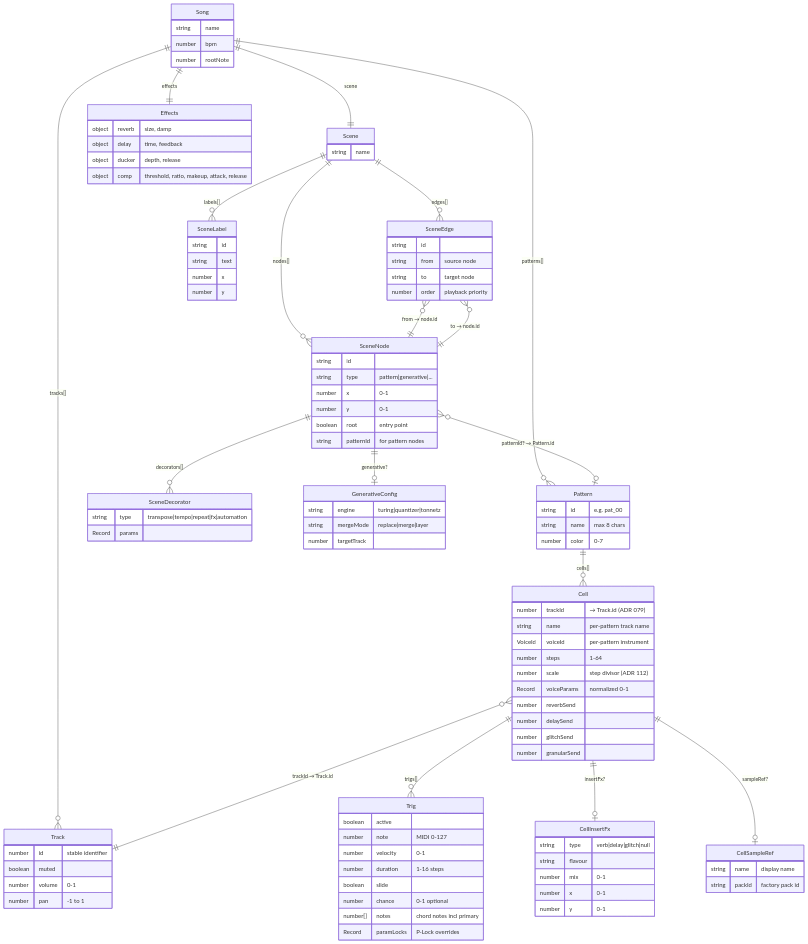
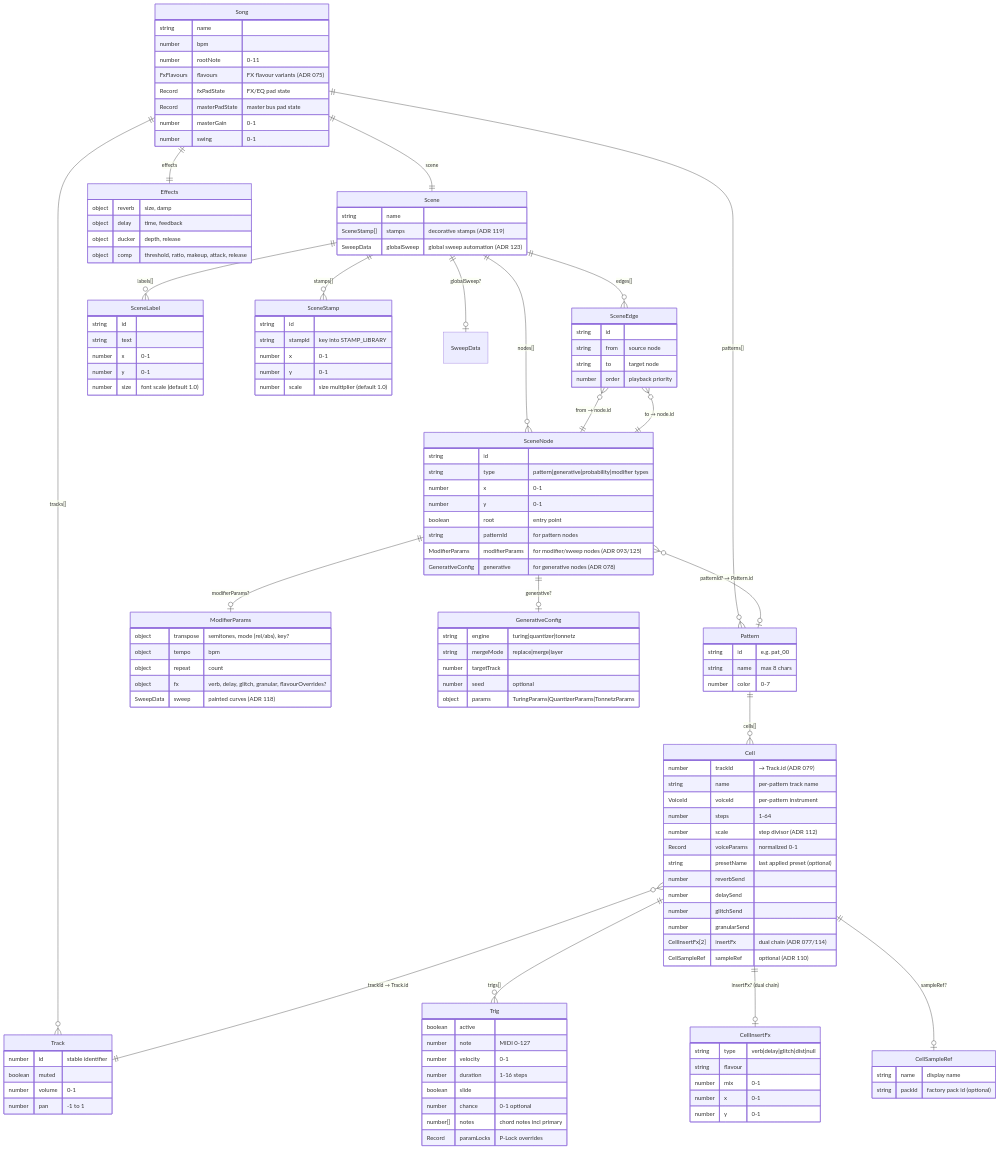
Before and after one commit to im9/inboil: the first of 2 diagrams in docs/ai/DATA_MODEL.md, drawn with Mermaid. The commit also changed other lines of this file and 4 other files, not shown here.

````diff
--- a/docs/ai/DATA_MODEL.md
+++ b/docs/ai/DATA_MODEL.md
@@ -11,7 +11,7 @@
 
     Pattern ||--o{ Cell : "cells[]"
     Cell ||--o{ Trig : "trigs[]"
-    Cell ||--o| CellInsertFx : "insertFx?"
+    Cell ||--o| CellInsertFx : "insertFx? (dual chain)"
     Cell ||--o| CellSampleRef : "sampleRef?"
 
     Cell }o--|| Track : "trackId → Track.id"
@@ -19,8 +19,10 @@
     Scene ||--o{ SceneNode : "nodes[]"
     Scene ||--o{ SceneEdge : "edges[]"
     Scene ||--o{ SceneLabel : "labels[]"
+    Scene ||--o{ SceneStamp : "stamps[]"
+    Scene ||--o| SweepData : "globalSweep?"
 
-    SceneNode ||--o{ SceneDecorator : "decorators[]"
+    SceneNode ||--o| ModifierParams : "modifierParams?"
     SceneNode ||--o| GenerativeConfig : "generative?"
     SceneNode }o--o| Pattern : "patternId? → Pattern.id"
 
@@ -30,7 +32,12 @@
     Song {
         string name
         number bpm
-        number rootNote
+        number rootNote "0-11"
+        FxFlavours flavours "FX flavour variants (ADR 075)"
+        Record fxPadState "FX/EQ pad state"
+        Record masterPadState "master bus pad state"
+        number masterGain "0-1"
+        number swing "0-1"
     }
 
     Track {
@@ -53,10 +60,13 @@
         number steps "1-64"
         number scale "step divisor (ADR 112)"
         Record voiceParams "normalized 0-1"
+        string presetName "last applied preset (optional)"
         number reverbSend
         number delaySend
         number glitchSend
         number granularSend
+        CellInsertFx[2] insertFx "dual chain (ADR 077/114)"
+        CellSampleRef sampleRef "optional (ADR 110)"
     }
 
     Trig {
@@ -71,7 +81,7 @@
     }
 
     CellInsertFx {
-        string type "verb|delay|glitch|null"
+        string type "verb|delay|glitch|dist|null"
         string flavour
         number mix "0-1"
         number x "0-1"
@@ -80,7 +90,7 @@
 
     CellSampleRef {
         string name "display name"
-        string packId "factory pack id"
+        string packId "factory pack id (optional)"
     }
 
     Effects {
@@ -92,15 +102,19 @@
 
     Scene {
         string name
+        SceneStamp[] stamps "decorative stamps (ADR 119)"
+        SweepData globalSweep "global sweep automation (ADR 123)"
     }
 
     SceneNode {
         string id
-        string type "pattern|generative|..."
+        string type "pattern|generative|probability|modifier types"
         number x "0-1"
         number y "0-1"
         boolean root "entry point"
         string patternId "for pattern nodes"
+        ModifierParams modifierParams "for modifier/sweep nodes (ADR 093/125)"
+        GenerativeConfig generative "for generative nodes (ADR 078)"
     }
 
     SceneEdge {
@@ -113,18 +127,32 @@
     SceneLabel {
         string id
         string text
-        number x
-        number y
+        number x "0-1"
+        number y "0-1"
+        number size "font scale (default 1.0)"
     }
 
-    SceneDecorator {
-        string type "transpose|tempo|repeat|fx|automation"
-        Record params
+    SceneStamp {
+        string id
+        string stampId "key into STAMP_LIBRARY"
+        number x "0-1"
+        number y "0-1"
+        number scale "size multiplier (default 1.0)"
     }
 
     GenerativeConfig {
         string engine "turing|quantizer|tonnetz"
         string mergeMode "replace|merge|layer"
         number targetTrack
+        number seed "optional"
+        object params "TuringParams|QuantizerParams|TonnetzParams"
+    }
+
+    ModifierParams {
+        object transpose "semitones, mode (rel/abs), key?"
+        object tempo "bpm"
+        object repeat "count"
+        object fx "verb, delay, glitch, granular, flavourOverrides?"
+        SweepData sweep "painted curves (ADR 118)"
     }
 ```
````
